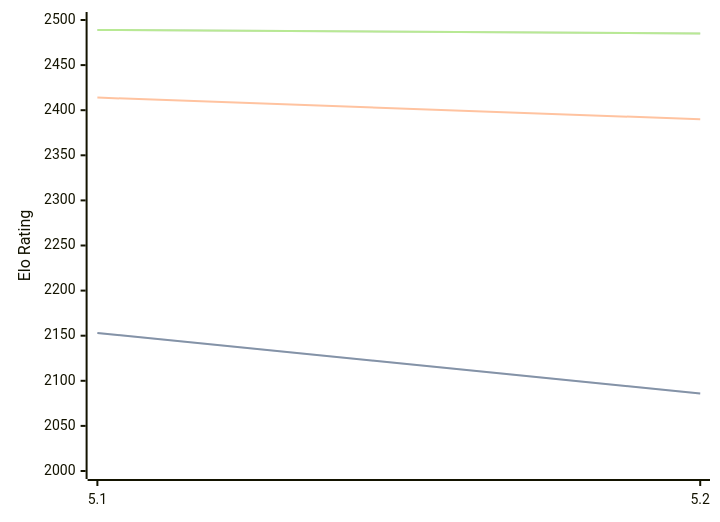
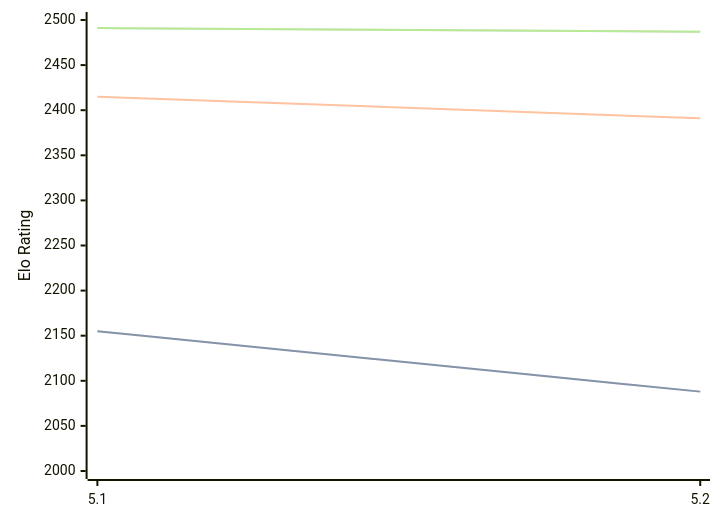
The first of 3 diagrams in engines/Prophet.md (computer-chess-index/cci), drawn with Mermaid before and after one commit. The commit also changed other lines of this file, not shown here.

Commit message:
Update CCI Ratings (ELO VLTC) - 2026-06-30

````diff
--- a/engines/Prophet.md
+++ b/engines/Prophet.md
@@ -38,11 +38,11 @@
 ```mermaid
 %%{init: {"theme":"base","themeVariables":{"seriesColors:['#a3a3a3','#222221','#faa371']}}}%%
 xychart-beta
   x-axis ["5.1", "5.2"]
   y-axis "Elo Rating" 2000 --> 2500
-  line "STC (8.0+0.08s)" [2153, 2086]
-  line "STC (8.0+0.08s)" [2153, 2086]
-  line "LTC (60.0+0.60s)" [2414, 2390]
-  line "VLTC (2m24s+1.12s)" [2489, 2485]
-  line "VLTC (2m24s+1.12s)" [2489, 2485]
+  line "STC (8.0+0.08s)" [2155, 2088]
+  line "STC (8.0+0.08s)" [2155, 2088]
+  line "LTC (60.0+0.60s)" [2415, 2391]
+  line "VLTC (2m24s+1.12s)" [2491, 2487]
+  line "VLTC (2m24s+1.12s)" [2491, 2487]
 ```
````
